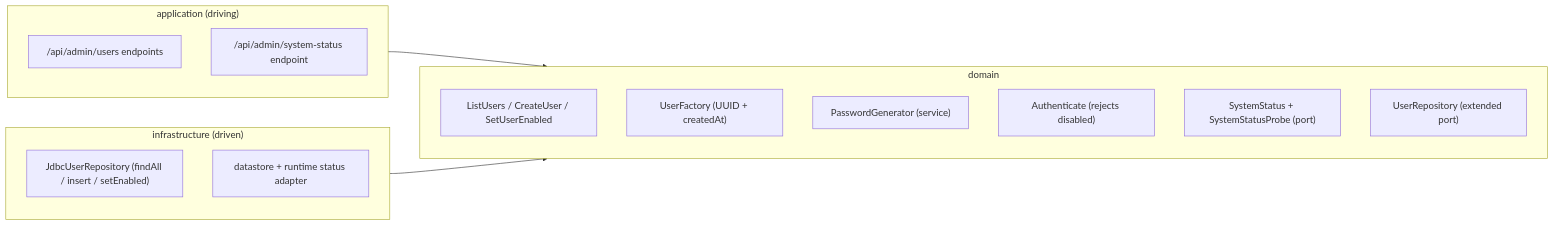
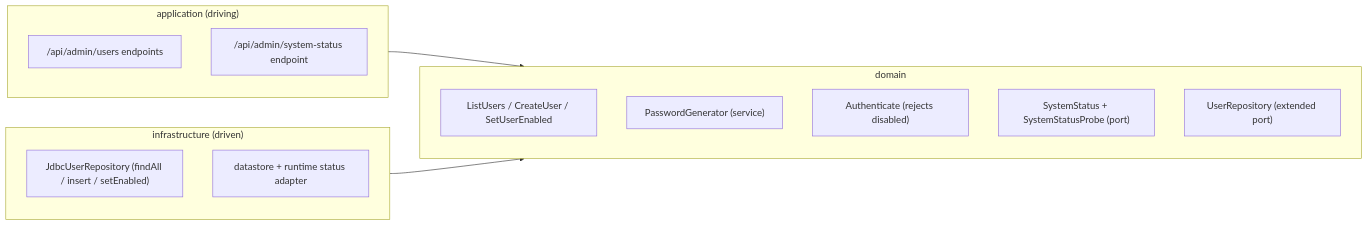
One commit to earelin/conxugal changed the diagram in docs/features/FEAT-0004-administration-area/README.md. Above: the diagram before and after it, drawn with Mermaid. The commit also changed other lines of this file, not shown here.

````diff
--- a/docs/features/FEAT-0004-administration-area/README.md
+++ b/docs/features/FEAT-0004-administration-area/README.md
@@ -50,21 +48,20 @@
 ```mermaid
 flowchart LR
     subgraph application["application (driving)"]
         usersApi["/api/admin/users endpoints"]
         statusApi["/api/admin/system-status endpoint"]
     end
     subgraph domain["domain"]
         lifecycle["ListUsers / CreateUser / SetUserEnabled"]
-        factory["UserFactory (UUID + createdAt)"]
         pwgen["PasswordGenerator (service)"]
         authuc["Authenticate (rejects disabled)"]
         status["SystemStatus + SystemStatusProbe (port)"]
         repo["UserRepository (extended port)"]
     end
     subgraph infrastructure["infrastructure (driven)"]
         jdbc["JdbcUserRepository (findAll / insert / setEnabled)"]
         probe["datastore + runtime status adapter"]
     end
     application --> domain
     infrastructure --> domain
 ```
````
